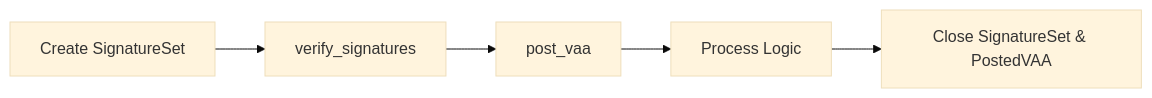
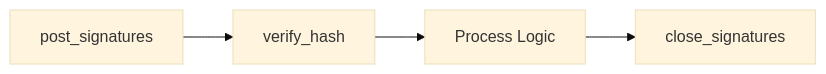
One commit to wormhole-foundation/wormhole-docs changed the diagram in products/messaging/guides/solana-shims/sol-verification.md. Above: the diagram before and after it, drawn with Mermaid (base theme). The commit also changed other lines of this file, not shown here.

````diff
--- a/products/messaging/guides/solana-shims/sol-verification.md
+++ b/products/messaging/guides/solana-shims/sol-verification.md
@@ -25,7 +31,6 @@
 ```mermaid
 graph LR
-    A[Create SignatureSet] --> B[verify_signatures]
-    B --> C[post_vaa]
-    C --> D[Process Logic]
-    D --> E[Close SignatureSet & PostedVAA]
+    A[post_signatures] --> B[verify_hash]
+    B --> C[Process Logic]
+    C --> D[close_signatures]
 ```
````
